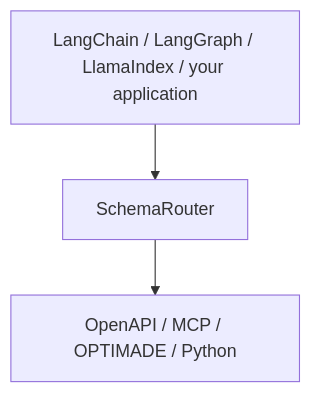
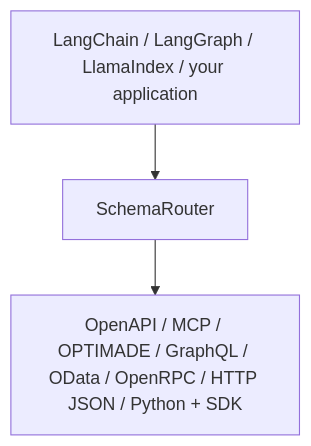
The second of 2 diagrams in README.md (JDeun/SchemaRouter), drawn with Mermaid before and after one commit. The commit also changed other lines of this file, not shown here.

````diff
--- a/README.md
+++ b/README.md
@@ -173,5 +173,5 @@
 ```mermaid
 flowchart TD
     F["LangChain / LangGraph / LlamaIndex / your application"] --> SR["SchemaRouter"]
-    SR --> T["OpenAPI / MCP / OPTIMADE / Python"]
+    SR --> T["OpenAPI / MCP / OPTIMADE / GraphQL / OData / OpenRPC / HTTP JSON / Python + SDK"]
 ```
````
